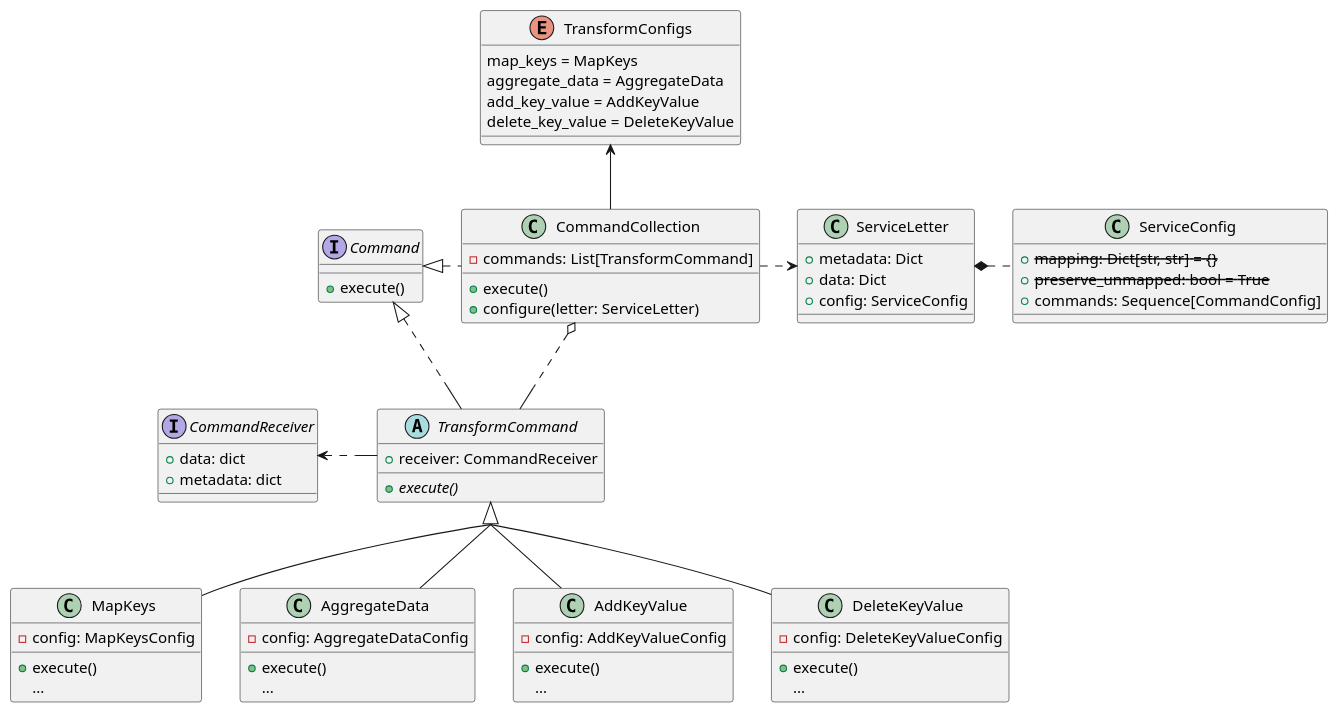
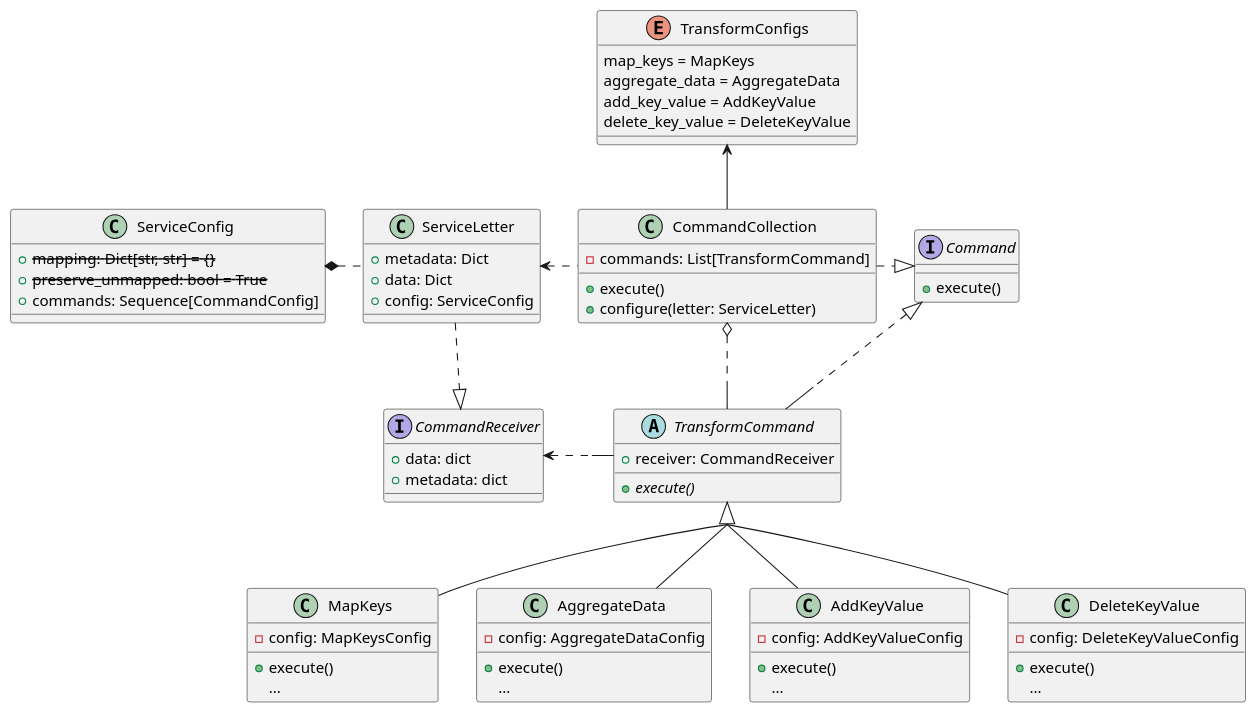
Before and after one commit to santunioni/Transformer: the diagram in docs/arch.puml, drawn with PlantUML.

Commit message:
explicita que ServiceLetter é o CommandReceiver no diagrama

```diff
--- a/docs/arch.puml
+++ b/docs/arch.puml
@@ -1,82 +1,83 @@
 @startuml
 'https://plantuml.com/class-diagram
 skinparam groupInheritance 3
 enum TransformConfigs {
     map_keys = MapKeys
     aggregate_data = AggregateData
     add_key_value = AddKeyValue
     delete_key_value = DeleteKeyValue
 }
 
 
 class ServiceConfig {
     + <s>mapping: Dict[str, str] = {}</strike>
     + <s>preserve_unmapped: bool = True</strike>
     + commands: Sequence[CommandConfig]
+}
+ServiceConfig *.r. ServiceLetter
 
-}
 class ServiceLetter {
     + metadata: Dict
     + data: Dict
     + config: ServiceConfig
 }
-ServiceLetter *.r. ServiceConfig
+ServiceLetter .d.|> CommandReceiver
 
 
 class CommandCollection {
     - commands: List[TransformCommand]
     + execute()
     + configure(letter: ServiceLetter)
 }
-CommandCollection .l.|> Command
+CommandCollection .r.|> Command
 CommandCollection o.d. TransformCommand
-CommandCollection .r.> ServiceLetter
+CommandCollection .l.> ServiceLetter
 CommandCollection -u-> TransformConfigs
 
 
 interface CommandReceiver {
     + data: dict
     + metadata: dict
 }
 interface Command {
     + execute()
 }
 abstract class TransformCommand {
     + receiver: CommandReceiver
     + {abstract} execute()
 }
 TransformCommand .l.> CommandReceiver
 TransformCommand .u.|> Command
 
 
 class MapKeys {
     - config: MapKeysConfig
     + execute()
     {method} ...
 }
 MapKeys -u-|> TransformCommand
 
 
 class AggregateData {
     - config: AggregateDataConfig
     + execute()
     {method} ...
 }
 AggregateData -u-|> TransformCommand
 
 
 class AddKeyValue {
     - config: AddKeyValueConfig
     + execute()
     {method} ...
 }
 AddKeyValue -u-|> TransformCommand
 
 
 class DeleteKeyValue {
     - config: DeleteKeyValueConfig
     + execute()
     {method} ...
 }
 DeleteKeyValue -u-|> TransformCommand
 @enduml
```
